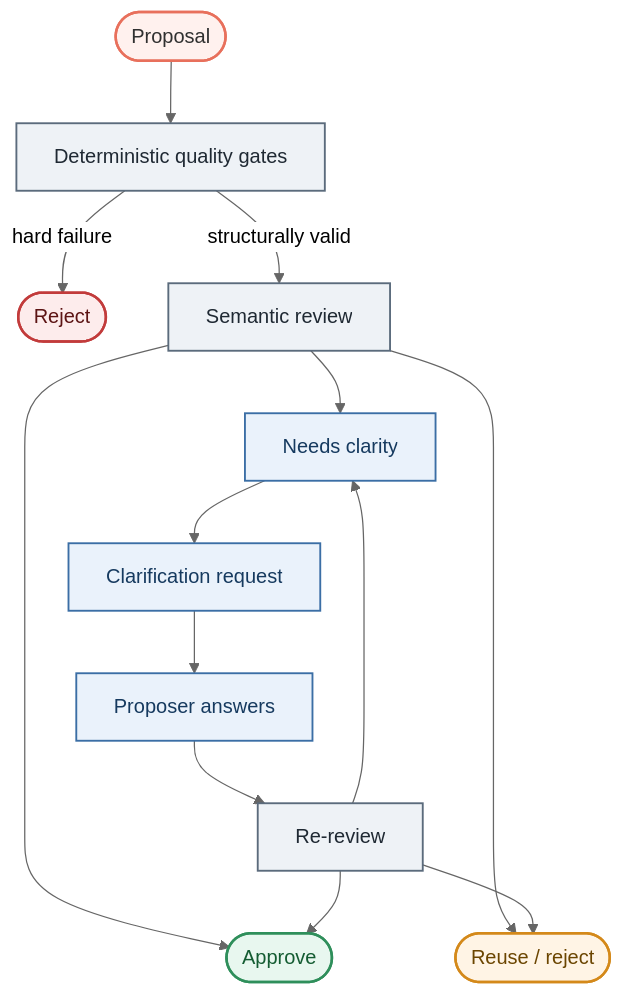
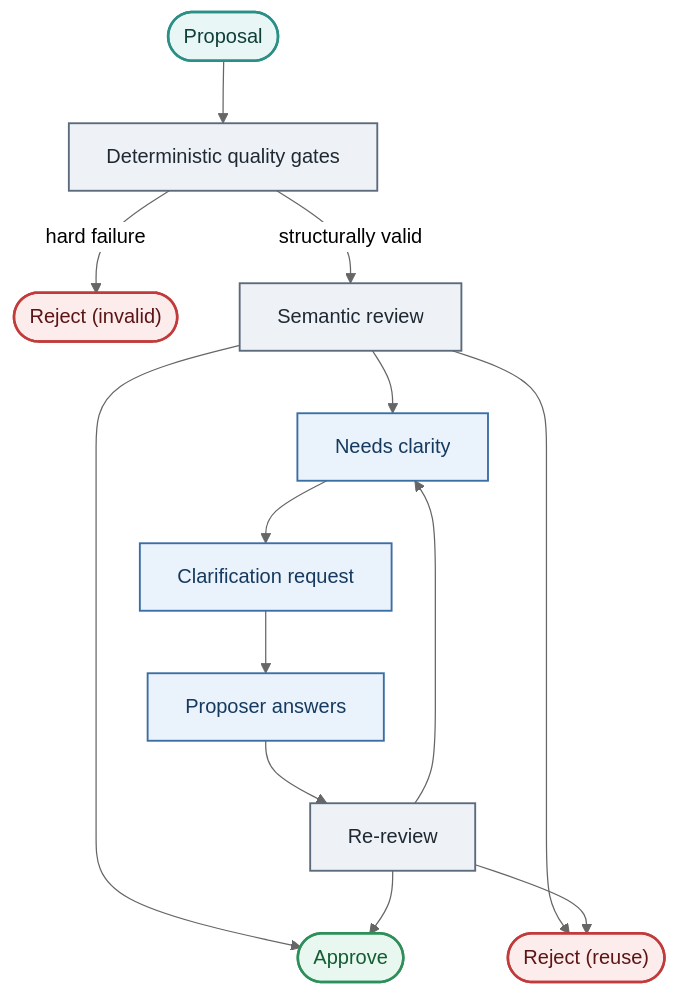
The diagram in README.md (didac-crst/AtlasSynapse), drawn with Mermaid (neutral theme) before and after one commit.

Commit message:
docs(readme): clarify reject outcomes in the quality-gate diagram
Distinguish invalid structural rejects from reuse-style rejects, and keep
proposal styling distinct from the reject path.

````diff
--- a/README.md
+++ b/README.md
@@ -399,31 +399,29 @@
 ```mermaid
 flowchart TD
   proposal([Proposal]) --> gates[Deterministic quality gates]
-  gates -->|hard failure| reject([Reject])
+  gates -->|hard failure| rejectInvalid(["Reject (invalid)"])
   gates -->|structurally valid| semantic[Semantic review]
 
   semantic --> approve([Approve])
-  semantic --> reuse([Reuse / reject])
+  semantic --> rejectReuse(["Reject (reuse)"])
   semantic --> clarity[Needs clarity]
 
   clarity --> ask[Clarification request]
   ask --> answer[Proposer answers]
   answer --> rereview[Re-review]
   rereview --> approve
-  rereview --> reuse
+  rereview --> rejectReuse
   rereview --> clarity
 
-  classDef start fill:#FFF1EE,stroke:#E8705C,color:#303030,stroke-width:2px
+  classDef start fill:#E8F7F5,stroke:#2A8F85,color:#0F3F3B,stroke-width:2px
   classDef process fill:#EEF2F6,stroke:#5B6B7C,color:#1F2933,stroke-width:1.5px
   classDef reject fill:#FDECEC,stroke:#C23B3B,color:#5C1414,stroke-width:2px
   classDef approve fill:#E8F7EF,stroke:#2F8F5B,color:#145C32,stroke-width:2px
-  classDef reuse fill:#FFF4E5,stroke:#D4891A,color:#6B4500,stroke-width:2px
   classDef clarify fill:#EAF2FB,stroke:#3B6EA5,color:#163A5F,stroke-width:1.5px
 
   class proposal start
   class gates,semantic,rereview process
-  class reject reject
+  class rejectInvalid,rejectReuse reject
   class approve approve
-  class reuse reuse
   class clarity,ask,answer clarify
 ```
````
